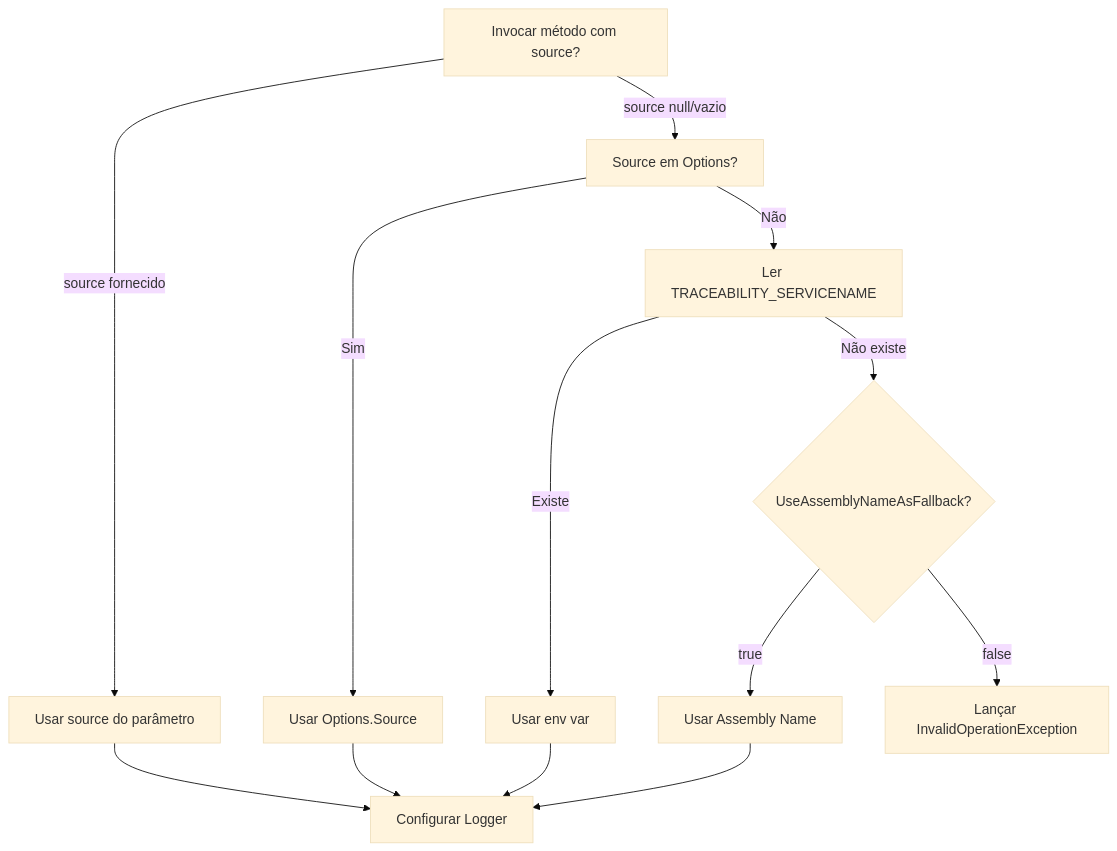
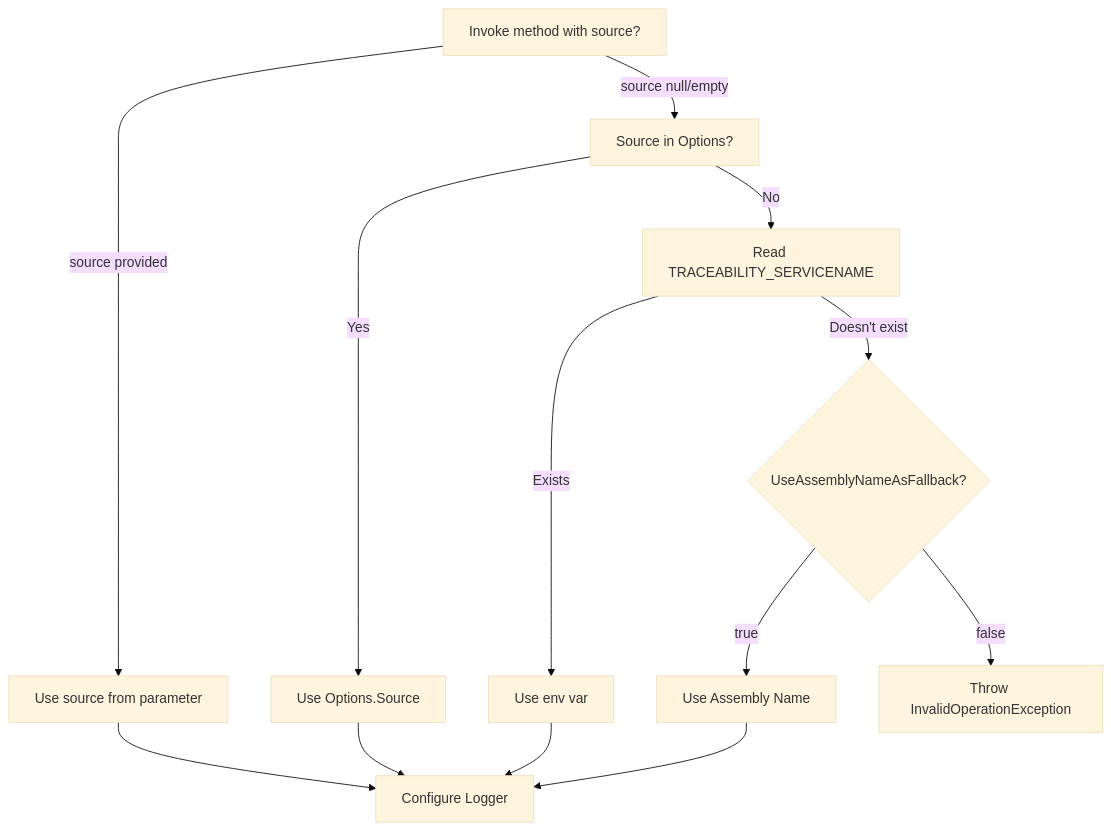
The diagram in docs/agents/components.md (whitebeardit/traceability), drawn with Mermaid (base theme) before and after one commit. The commit also changed other lines of this file and 35 other files, not shown here.

````diff
--- a/docs/agents/components.md
+++ b/docs/agents/components.md
@@ -742,15 +742,15 @@
 ```mermaid
 graph TD
-    A[Invocar método com source?] -->|source fornecido| B[Usar source do parâmetro]
-    A -->|source null/vazio| C[Source em Options?]
-    C -->|Sim| D[Usar Options.Source]
-    C -->|Não| E[Ler TRACEABILITY_SERVICENAME]
-    E -->|Existe| F[Usar env var]
-    E -->|Não existe| G{UseAssemblyNameAsFallback?}
-    G -->|true| H[Usar Assembly Name]
-    G -->|false| I[Lançar InvalidOperationException]
-    B --> J[Configurar Logger]
+    A[Invoke method with source?] -->|source provided| B[Use source from parameter]
+    A -->|source null/empty| C[Source in Options?]
+    C -->|Yes| D[Use Options.Source]
+    C -->|No| E[Read TRACEABILITY_SERVICENAME]
+    E -->|Exists| F[Use env var]
+    E -->|Doesn't exist| G{UseAssemblyNameAsFallback?}
+    G -->|true| H[Use Assembly Name]
+    G -->|false| I[Throw InvalidOperationException]
+    B --> J[Configure Logger]
     D --> J
     F --> J
     H --> J
 ```
````
